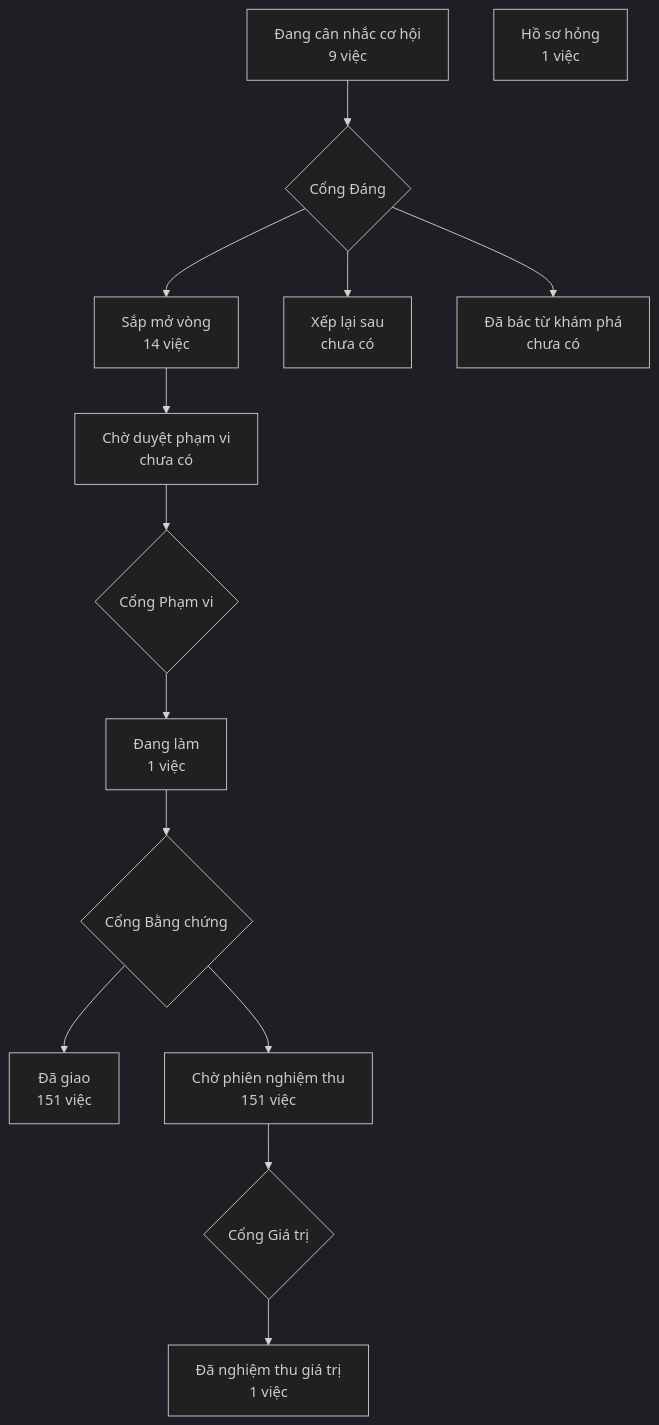
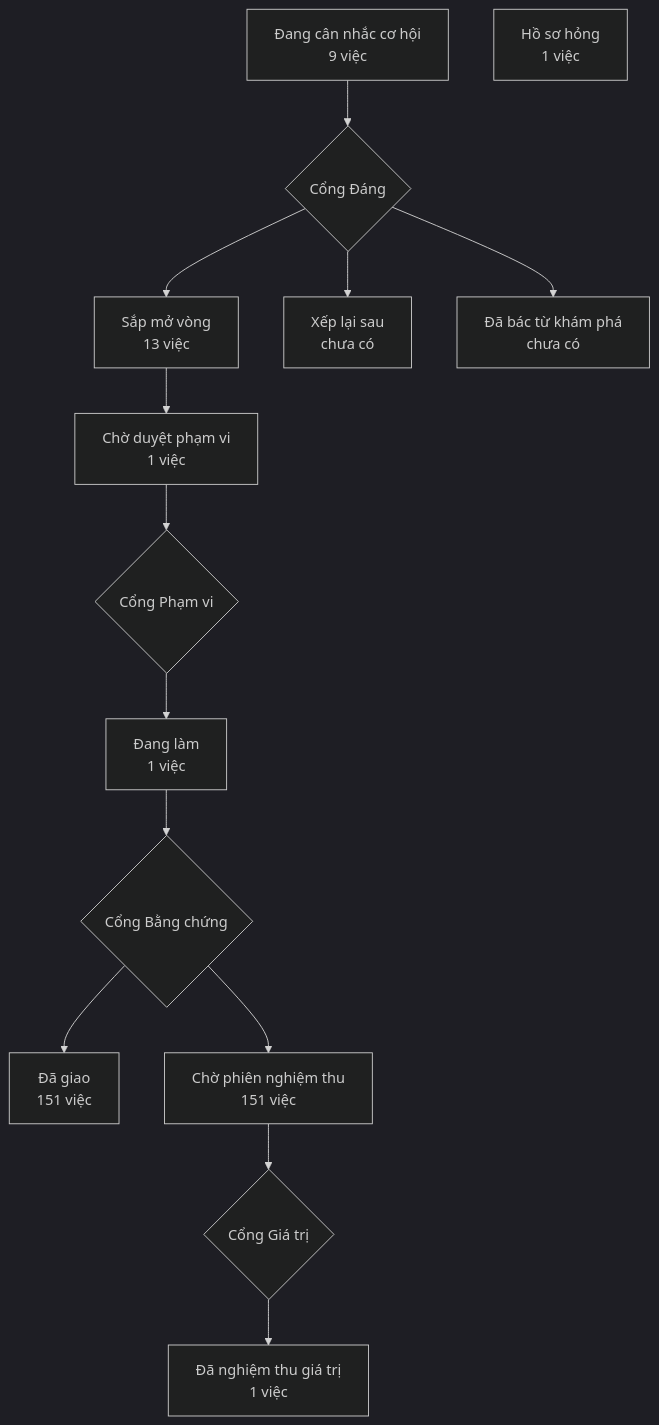
One commit to phanlemanh/crm-onehub changed the diagram in PRODUCT-MAP.md. Above: the diagram before and after it, drawn with Mermaid (dark theme). The commit also changed other lines of this file and 9 other files, not shown here.

````diff
--- a/PRODUCT-MAP.md
+++ b/PRODUCT-MAP.md
@@ -7,13 +7,13 @@
 ```mermaid
 flowchart TD
   A["Đang cân nhắc cơ hội<br/>9 việc"] --> GD{"Cổng Đáng"}
-  GD --> B["Sắp mở vòng<br/>14 việc"]
+  GD --> B["Sắp mở vòng<br/>13 việc"]
   GD --> XL["Xếp lại sau<br/>chưa có"]
   GD --> DB["Đã bác từ khám phá<br/>chưa có"]
-  B --> CD["Chờ duyệt phạm vi<br/>chưa có"] --> GP{"Cổng Phạm vi"}
+  B --> CD["Chờ duyệt phạm vi<br/>1 việc"] --> GP{"Cổng Phạm vi"}
   GP --> DL["Đang làm<br/>1 việc"] --> GB{"Cổng Bằng chứng"}
   GB --> DG["Đã giao<br/>151 việc"]
   GB --> CN["Chờ phiên nghiệm thu<br/>151 việc"] --> GG{"Cổng Giá trị"}
   GG --> NT["Đã nghiệm thu giá trị<br/>1 việc"]
   HS["Hồ sơ hỏng<br/>1 việc"]
 ```
````
